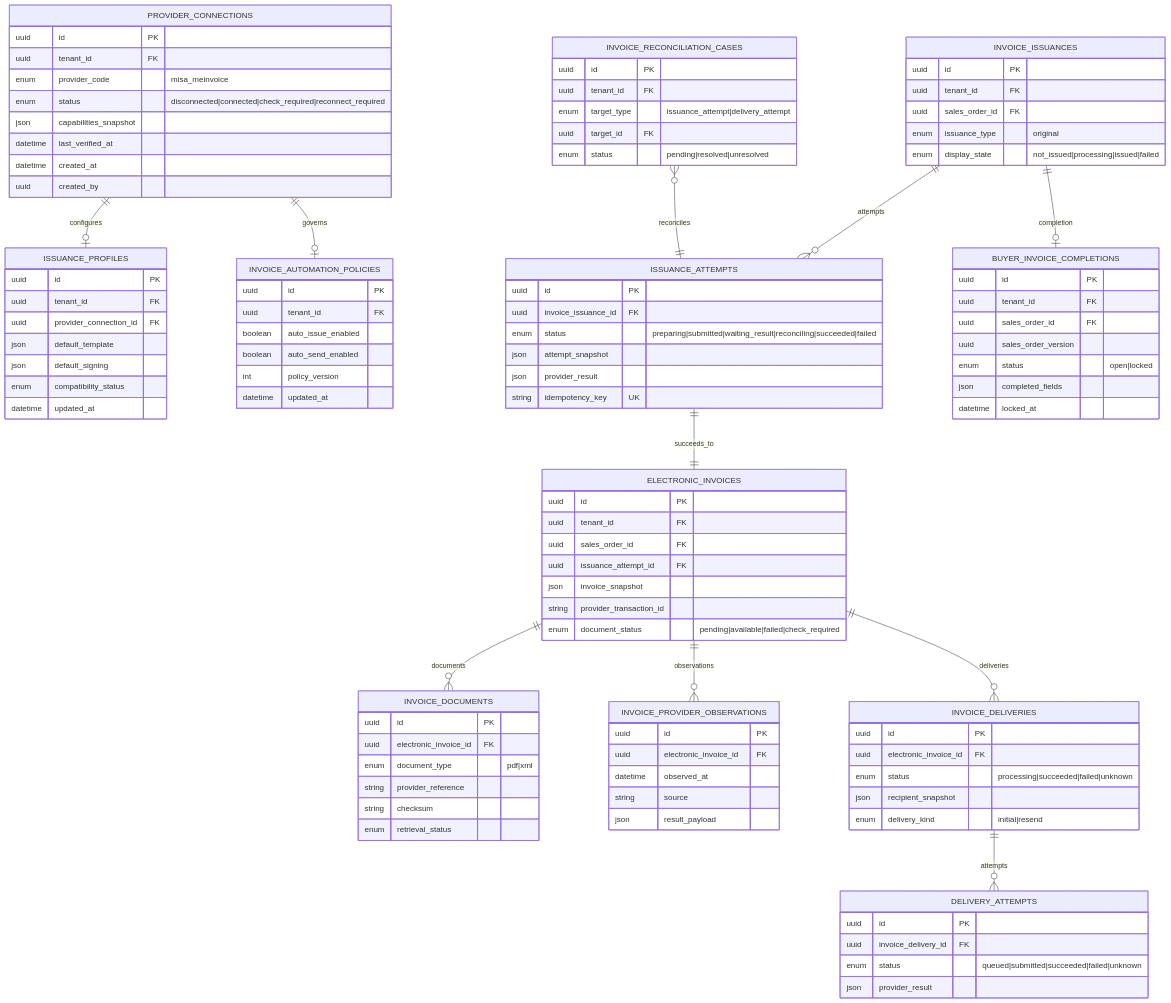
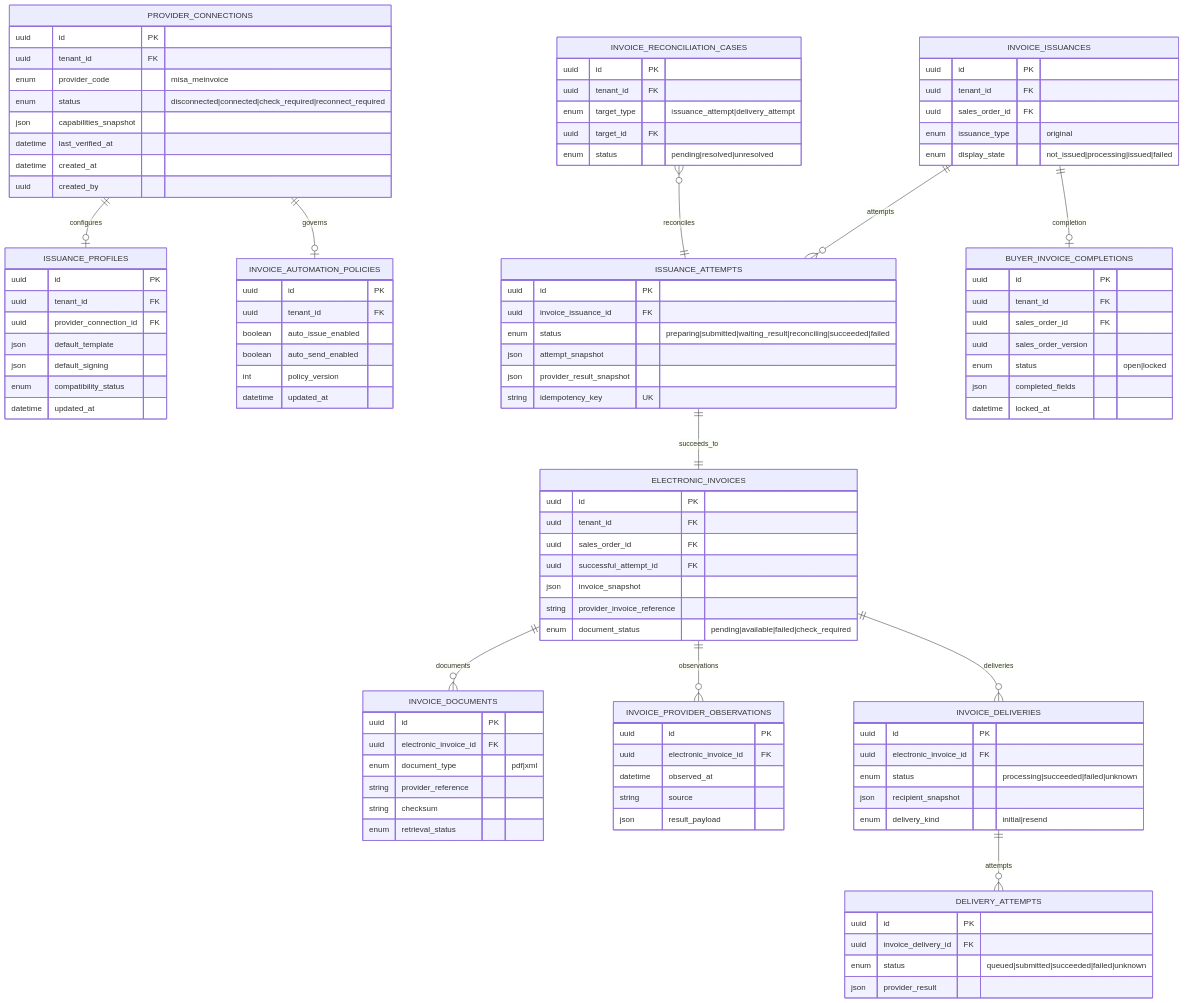
One commit to DsChien102/erp-sales-inventory changed the diagram in docs/themes/TH-08-e-invoice/harness/01-domain-model.md. Above: the diagram before and after it, drawn with Mermaid. The commit also changed other lines of this file and 574 other files, not shown here.

```diff
--- a/docs/themes/TH-08-e-invoice/harness/01-domain-model.md
+++ b/docs/themes/TH-08-e-invoice/harness/01-domain-model.md
@@ -74,7 +74,7 @@
         uuid invoice_issuance_id FK
         enum status "preparing|submitted|waiting_result|reconciling|succeeded|failed"
         json attempt_snapshot
-        json provider_result
+        json provider_result_snapshot
         string idempotency_key UK
     }
 
@@ -82,9 +82,9 @@
         uuid id PK
         uuid tenant_id FK
         uuid sales_order_id FK
-        uuid issuance_attempt_id FK
+        uuid successful_attempt_id FK
         json invoice_snapshot
-        string provider_transaction_id
+        string provider_invoice_reference
         enum document_status "pending|available|failed|check_required"
     }
 
```
